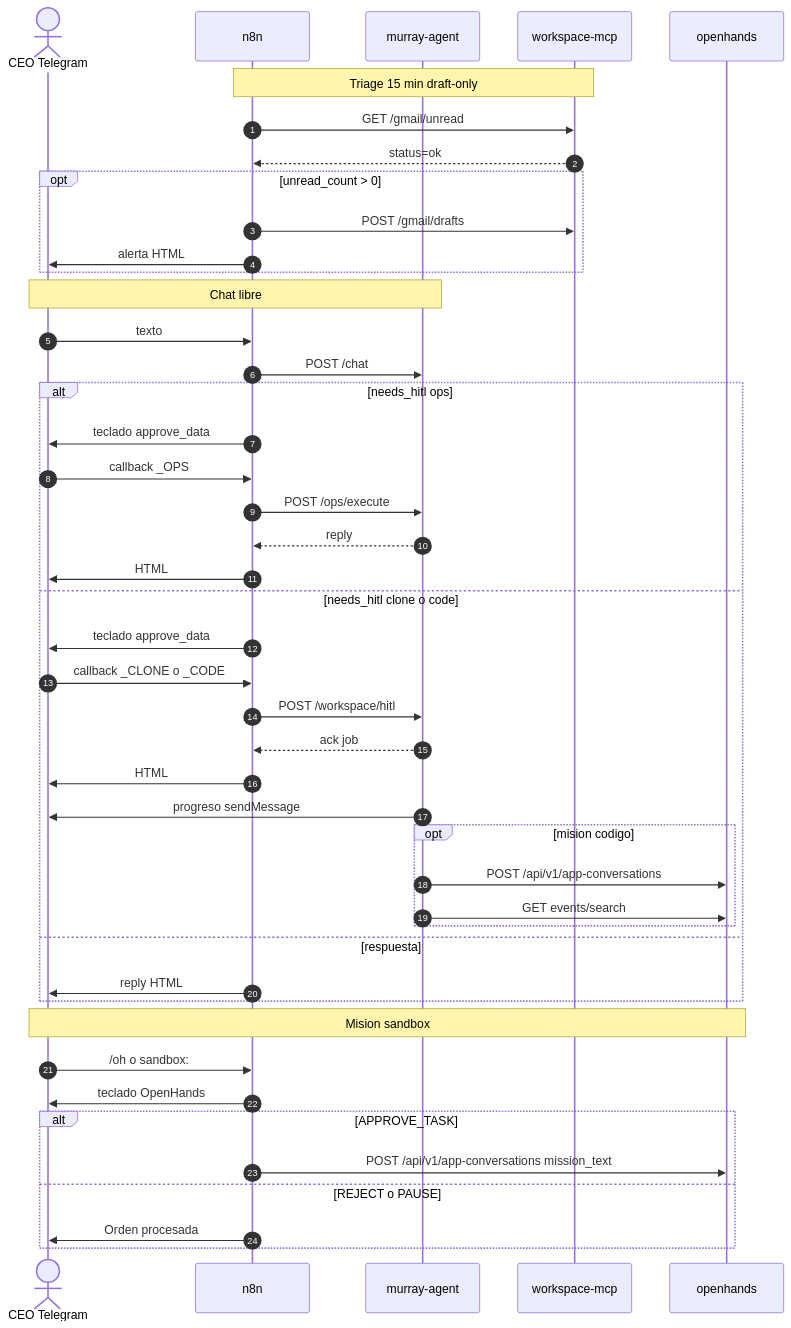
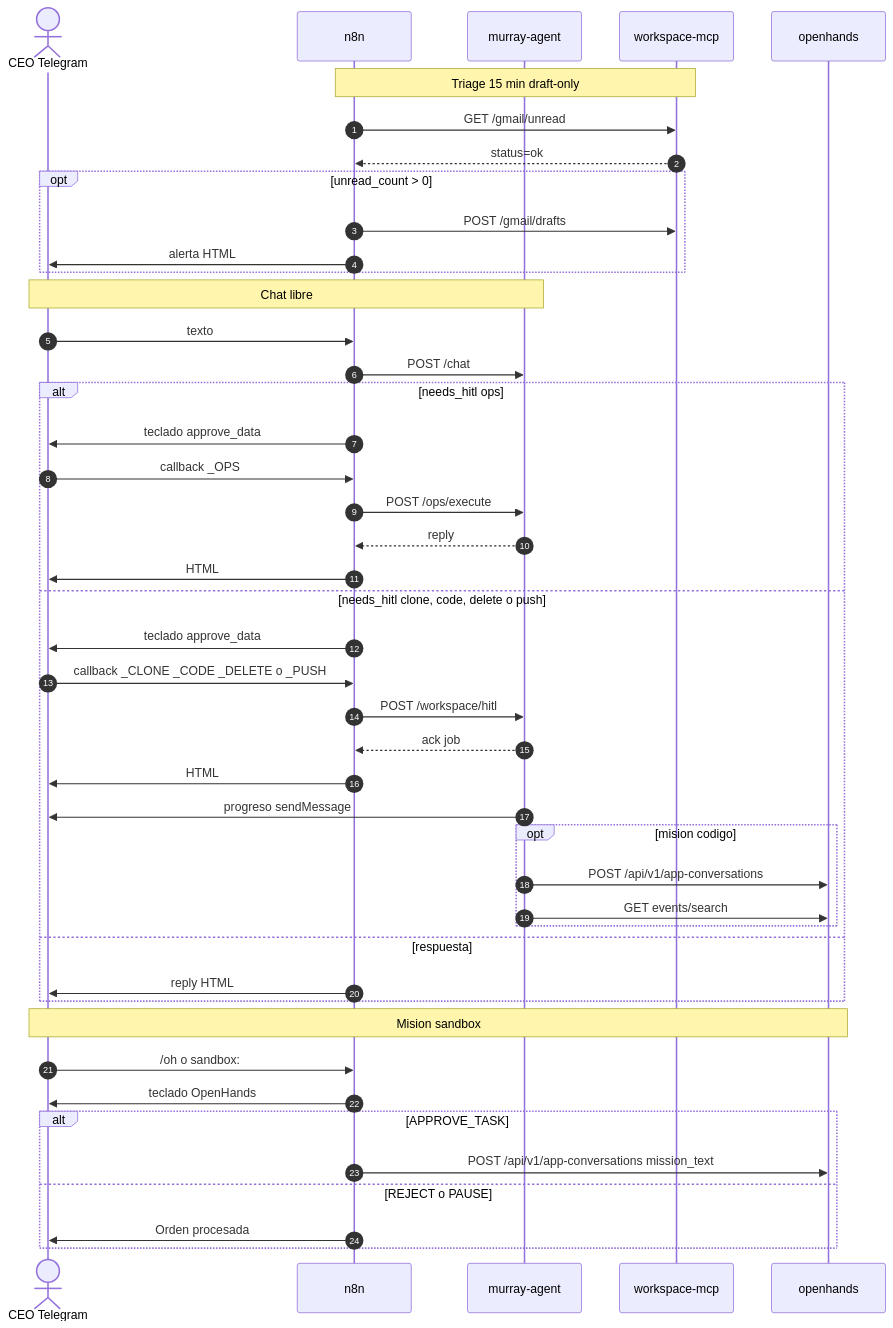
Before and after one commit to murray-threepwood/melee-infra: the second of 2 diagrams in architecture_spec.md, drawn with Mermaid. The commit also changed other lines of this file and 23 other files, not shown here.

````diff
--- a/architecture_spec.md
+++ b/architecture_spec.md
@@ -91,50 +92,50 @@
 ```mermaid
 sequenceDiagram
     autonumber
     actor CEO as CEO Telegram
     participant N8N as n8n
     participant Agent as murray-agent
     participant MCP as workspace-mcp
     participant OH as openhands
 
     Note over N8N,MCP: Triage 15 min draft-only
     N8N->>MCP: GET /gmail/unread
     MCP-->>N8N: status=ok
     opt unread_count > 0
         N8N->>MCP: POST /gmail/drafts
         N8N->>CEO: alerta HTML
     end
 
     Note over CEO,Agent: Chat libre
     CEO->>N8N: texto
     N8N->>Agent: POST /chat
     alt needs_hitl ops
         N8N->>CEO: teclado approve_data
         CEO->>N8N: callback _OPS
         N8N->>Agent: POST /ops/execute
         Agent-->>N8N: reply
         N8N->>CEO: HTML
-    else needs_hitl clone o code
+    else needs_hitl clone, code, delete o push
         N8N->>CEO: teclado approve_data
-        CEO->>N8N: callback _CLONE o _CODE
+        CEO->>N8N: callback _CLONE _CODE _DELETE o _PUSH
         N8N->>Agent: POST /workspace/hitl
         Agent-->>N8N: ack job
         N8N->>CEO: HTML
         Agent->>CEO: progreso sendMessage
         opt mision codigo
             Agent->>OH: POST /api/v1/app-conversations
             Agent->>OH: GET events/search
         end
     else respuesta
         N8N->>CEO: reply HTML
     end
 
     Note over CEO,OH: Mision sandbox
     CEO->>N8N: /oh o sandbox:
     N8N->>CEO: teclado OpenHands
     alt APPROVE_TASK
         N8N->>OH: POST /api/v1/app-conversations mission_text
     else REJECT o PAUSE
         N8N->>CEO: Orden procesada
     end
 ```
````
